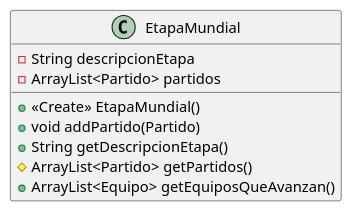
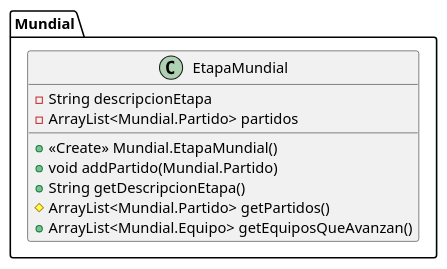
One commit to tatiAndonegui/TrabajoPractico2 changed the diagram in TP2/EtapaMundial.puml. Above: the diagram before and after it, drawn with PlantUML. The commit also changed 27 other files, not shown here.

```diff
--- a/TP2/EtapaMundial.puml
+++ b/TP2/EtapaMundial.puml
@@ -1,11 +1,11 @@
 @startuml
-class EtapaMundial {
+class Mundial.EtapaMundial {
 - String descripcionEtapa
-- ArrayList<Partido> partidos
-+ <<Create>> EtapaMundial()
-+ void addPartido(Partido)
+- ArrayList<Mundial.Partido> partidos
++ <<Create>> Mundial.EtapaMundial()
++ void addPartido(Mundial.Partido)
 + String getDescripcionEtapa()
-# ArrayList<Partido> getPartidos()
-+ ArrayList<Equipo> getEquiposQueAvanzan()
+# ArrayList<Mundial.Partido> getPartidos()
++ ArrayList<Mundial.Equipo> getEquiposQueAvanzan()
 }
 @enduml
```
